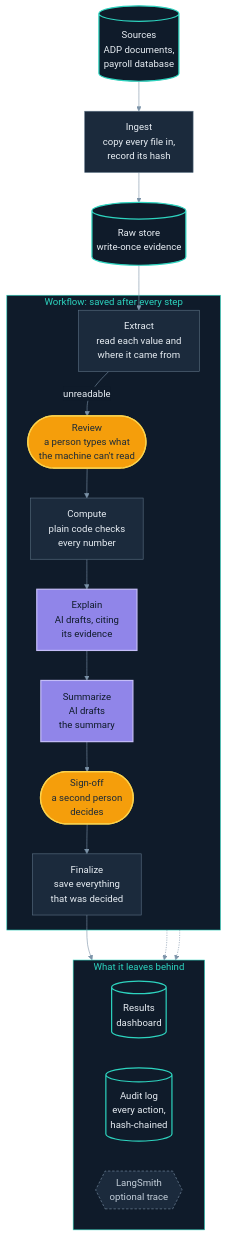
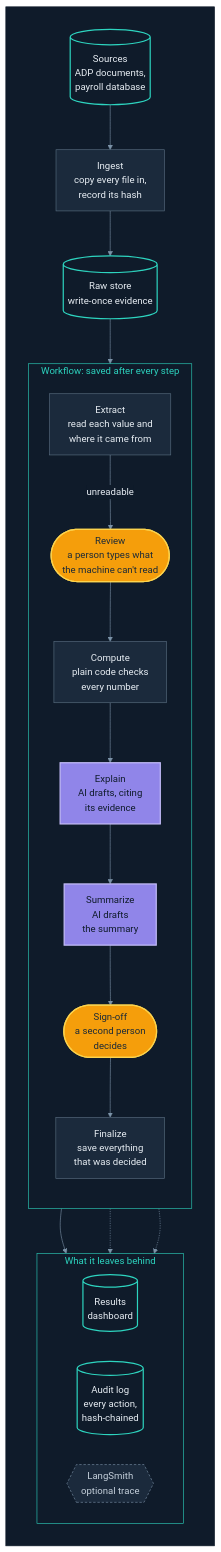
Before and after one commit to njagicollins/tax-doc-analysis-agent: the diagram in README.md, drawn with Mermaid.

Commit message:
Give the README diagram a dark background on GitHub

````diff
--- a/README.md
+++ b/README.md
@@ -14,42 +14,47 @@
 ```mermaid
 %%{init: {"theme": "base", "themeVariables": {"primaryColor": "#1B2A3C", "primaryTextColor": "#E8EEF4", "primaryBorderColor": "#5B7083", "lineColor": "#7C93A8", "clusterBkg": "#0F1B2A", "clusterBorder": "#2DD4BF", "titleColor": "#2DD4BF", "edgeLabelBackground": "#0F1B2A"}}}%%
 flowchart TD
-    sources[("Sources<br/>ADP documents,<br/>payroll database")]
-    ingest["Ingest<br/>copy every file in,<br/>record its hash"]
-    raw[("Raw store<br/>write-once evidence")]
-    sources --> ingest --> raw --> extract
+    subgraph frame [" "]
+        direction TB
+        sources[("Sources<br/>ADP documents,<br/>payroll database")]
+        ingest["Ingest<br/>copy every file in,<br/>record its hash"]
+        raw[("Raw store<br/>write-once evidence")]
+        sources --> ingest --> raw --> extract
 
-    subgraph workflow ["Workflow: saved after every step"]
-        extract["Extract<br/>read each value and<br/>where it came from"]
-        human_review(["Review<br/>a person types what<br/>the machine can't read"])
-        compute["Compute<br/>plain code checks<br/>every number"]
-        explain["Explain<br/>AI drafts, citing<br/>its evidence"]
-        summarize["Summarize<br/>AI drafts<br/>the summary"]
-        sign_off(["Sign-off<br/>a second person<br/>decides"])
-        finalize["Finalize<br/>save everything<br/>that was decided"]
-        extract -- "unreadable" --> human_review
-        human_review --> compute --> explain --> summarize --> sign_off --> finalize
+        subgraph workflow ["Workflow: saved after every step"]
+            direction TB
+            extract["Extract<br/>read each value and<br/>where it came from"]
+            human_review(["Review<br/>a person types what<br/>the machine can't read"])
+            compute["Compute<br/>plain code checks<br/>every number"]
+            explain["Explain<br/>AI drafts, citing<br/>its evidence"]
+            summarize["Summarize<br/>AI drafts<br/>the summary"]
+            sign_off(["Sign-off<br/>a second person<br/>decides"])
+            finalize["Finalize<br/>save everything<br/>that was decided"]
+            extract -- "unreadable" --> human_review
+            human_review --> compute --> explain --> summarize --> sign_off --> finalize
+        end
+
+        subgraph records ["What it leaves behind"]
+            direction LR
+            results[("Results<br/>dashboard")]
+            audit[("Audit log<br/>every action,<br/>hash-chained")]
+            langsmith{{"LangSmith<br/>optional trace"}}
+        end
+
+        finalize --> results
+        workflow -.-> audit
+        workflow -.-> langsmith
     end
-
-    subgraph records ["What it leaves behind"]
-        direction LR
-        results[("Results<br/>dashboard")]
-        audit[("Audit log<br/>every action,<br/>hash-chained")]
-        langsmith{{"LangSmith<br/>optional trace"}}
-    end
-
-    finalize --> results
-    workflow -.-> audit
-    workflow -.-> langsmith
 
     classDef person fill:#F59E0B,stroke:#FCD34D,color:#1B2A38,stroke-width:2px
     classDef ai fill:#9085E9,stroke:#C4BDF8,color:#0F1B2A,stroke-width:2px
     classDef store fill:#0F1B2A,stroke:#2DD4BF,color:#E8EEF4,stroke-width:2px
     classDef step fill:#1B2A3C,stroke:#5B7083,color:#E8EEF4
     classDef outside fill:#1B2A3C,stroke:#7C93A8,color:#C5D0DB,stroke-dasharray:4 3
     class human_review,sign_off person
     class explain,summarize ai
     class sources,raw,results,audit store
     class ingest,extract,compute,finalize step
     class langsmith outside
+    style frame fill:#0F1B2A,stroke:#0F1B2A
 ```
````
